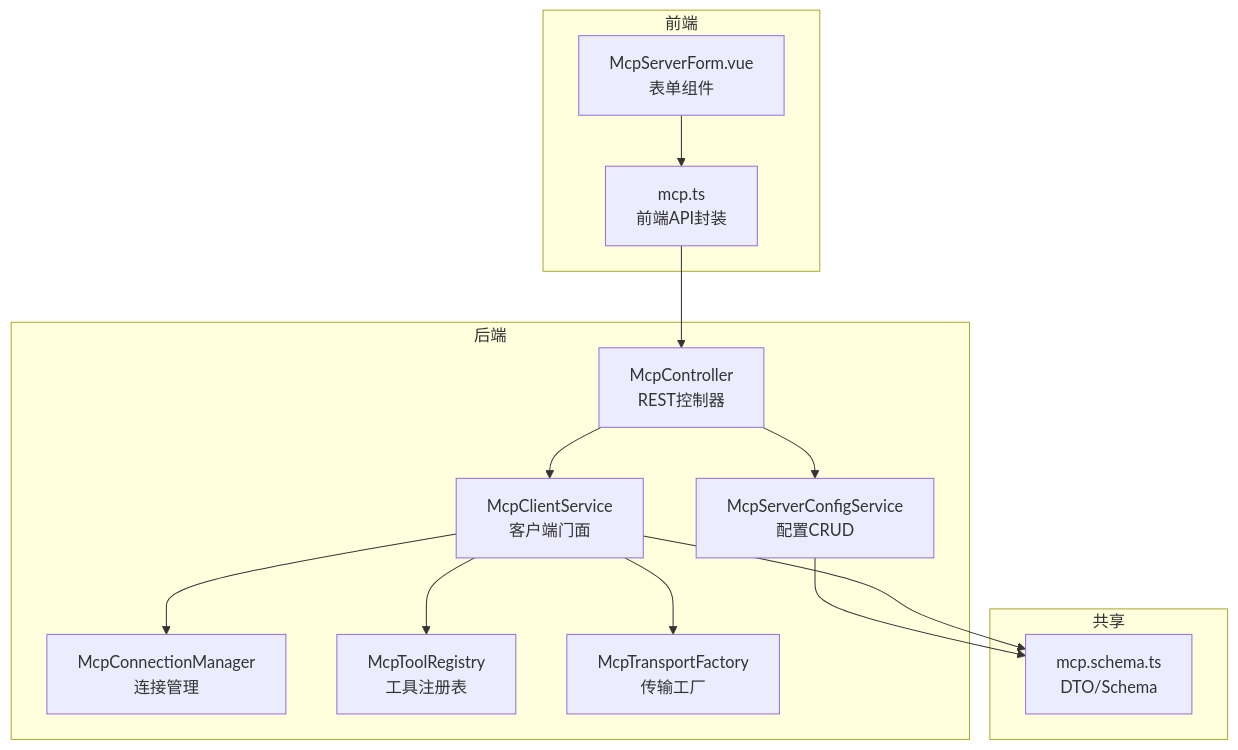
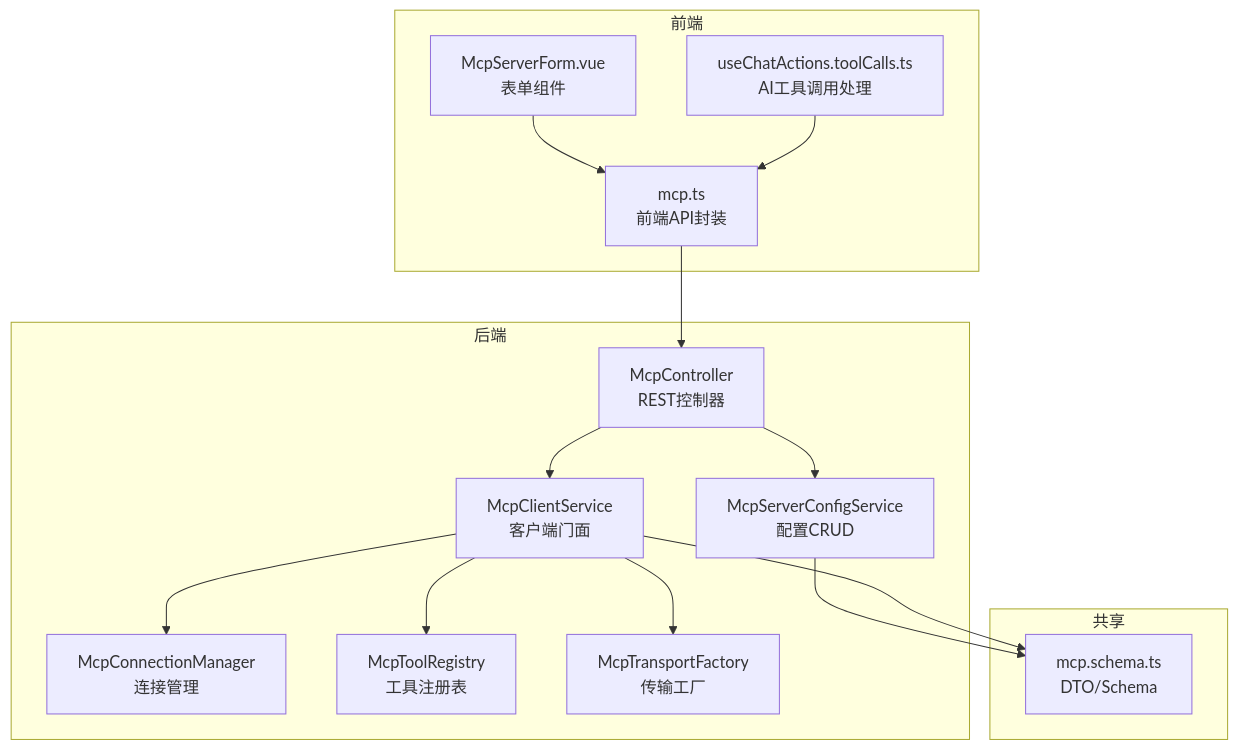
Before and after one commit to xixixiaoyu/Todo: the first of 4 diagrams in .qoder/repowiki/zh/content/API参考/REST API/MCP工具API.md, drawn with Mermaid. The commit also changed other lines of this file and 3 other files, not shown here.

````diff
--- a/.qoder/repowiki/zh/content/API参考/REST API/MCP工具API.md
+++ b/.qoder/repowiki/zh/content/API参考/REST API/MCP工具API.md
@@ -39,27 +49,29 @@
 ```mermaid
 graph TB
 subgraph "后端"
 Ctl["McpController<br/>REST控制器"]
 CfgSvc["McpServerConfigService<br/>配置CRUD"]
 CliSvc["McpClientService<br/>客户端门面"]
 ConnMgr["McpConnectionManager<br/>连接管理"]
 ToolReg["McpToolRegistry<br/>工具注册表"]
 TransFac["McpTransportFactory<br/>传输工厂"]
 end
 subgraph "共享"
 Schema["mcp.schema.ts<br/>DTO/Schema"]
 end
 subgraph "前端"
 FEApi["mcp.ts<br/>前端API封装"]
 FEForm["McpServerForm.vue<br/>表单组件"]
+AIToolCalls["useChatActions.toolCalls.ts<br/>AI工具调用处理"]
 end
 FEApi --> Ctl
 FEForm --> FEApi
+AIToolCalls --> FEApi
 Ctl --> CfgSvc
 Ctl --> CliSvc
 CliSvc --> ConnMgr
 CliSvc --> ToolReg
 CliSvc --> TransFac
 CfgSvc --> Schema
 CliSvc --> Schema
 ```
````
